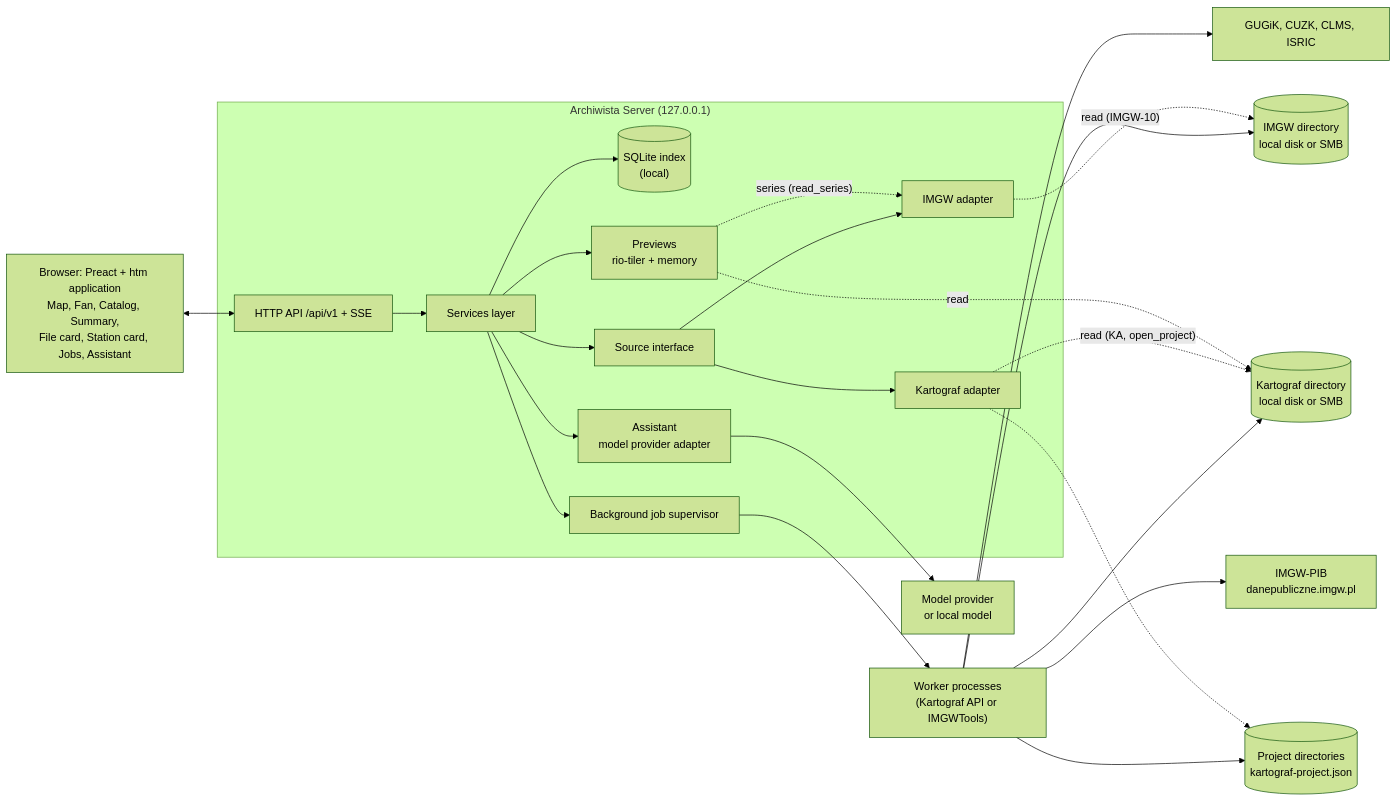
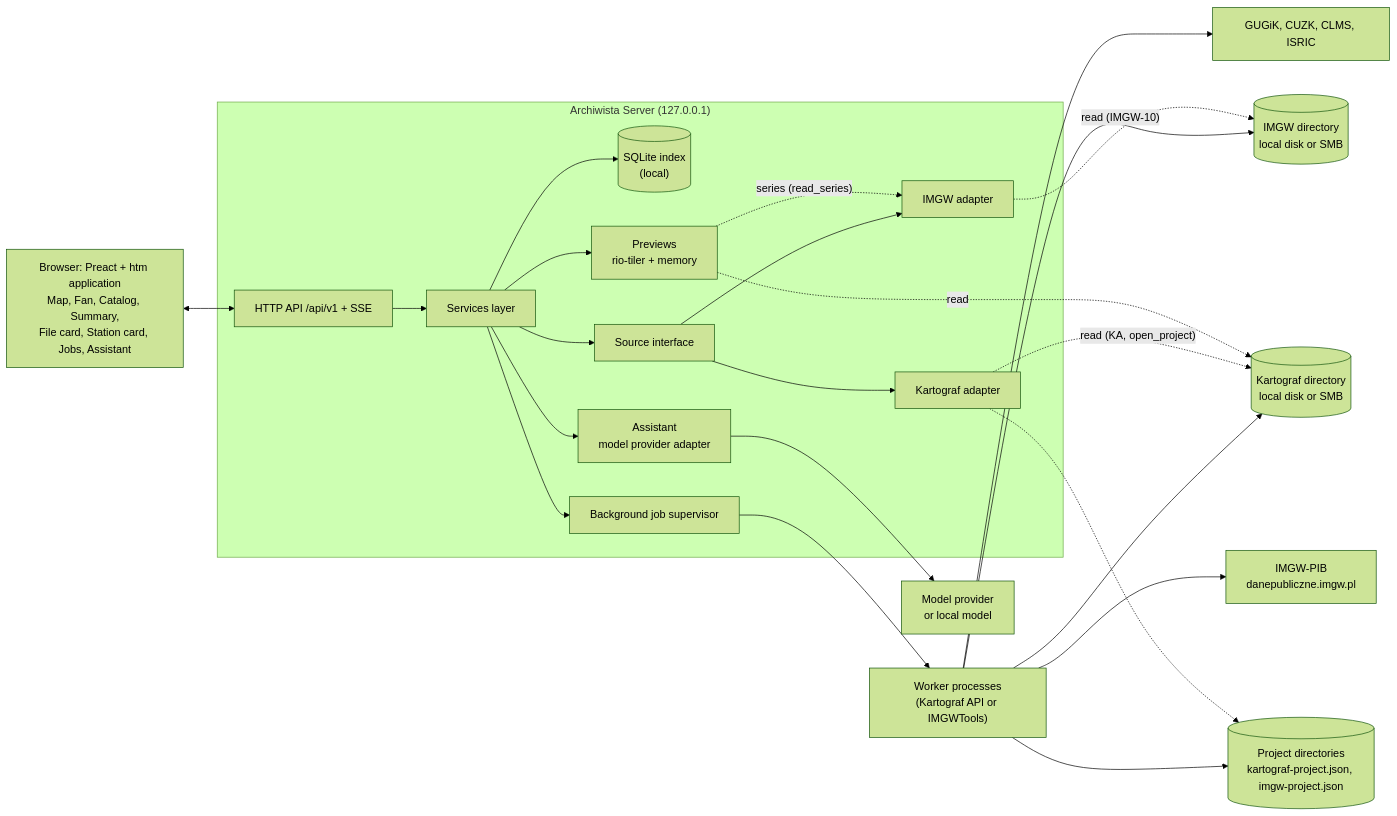
The first of 2 diagrams in docs/SPEC.md (Daldek/Archiwista), drawn with Mermaid (forest theme) before and after one commit. The commit also changed other lines of this file and 45 other files, not shown here.

````diff
--- a/docs/SPEC.md
+++ b/docs/SPEC.md
@@ -1182,43 +1190,43 @@
 ```mermaid
 flowchart LR
   UI["Browser: Preact + htm application<br/>Map, Fan, Catalog, Summary,<br/>File card, Station card, Jobs, Assistant"]
   subgraph S["Archiwista Server (127.0.0.1)"]
     API["HTTP API /api/v1 + SSE"]
     SVC["Services layer"]
     IDX[("SQLite index<br/>(local)")]
     PRV["Previews<br/>rio-tiler + memory"]
     SUP["Background job supervisor"]
     AG["Assistant<br/>model provider adapter"]
     SRCI["Source interface"]
     AK["Kartograf adapter"]
     AI["IMGW adapter"]
   end
   W["Worker processes<br/>(Kartograf API or IMGWTools)"]
   MAG[("Kartograf directory<br/>local disk or SMB")]
   MIG[("IMGW directory<br/>local disk or SMB")]
-  PRJ[("Project directories<br/>kartograf-project.json")]
+  PRJ[("Project directories<br/>kartograf-project.json, imgw-project.json")]
   SRC["GUGiK, CUZK, CLMS, ISRIC"]
   SIM["IMGW-PIB<br/>danepubliczne.imgw.pl"]
   LLM["Model provider<br/>or local model"]
   UI <--> API
   API --> SVC
   SVC --> IDX
   SVC --> PRV
   SVC --> SUP
   SVC --> AG
   SVC --> SRCI
   SRCI --> AK
   SRCI --> AI
   AG --> LLM
   SUP --> W
   W --> MAG
   W --> MIG
   W --> PRJ
   W --> SRC
   W --> SIM
   AK -. "read (KA, open_project)" .-> MAG
   AK -.-> PRJ
   AI -. "read (IMGW-10)" .-> MIG
   PRV -. read .-> MAG
   PRV -. "series (read_series)" .-> AI
 ```
````
